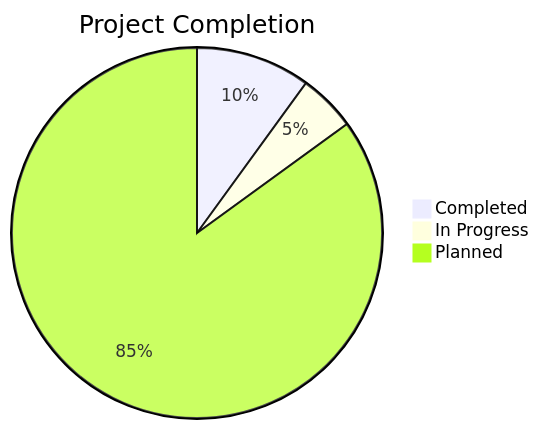
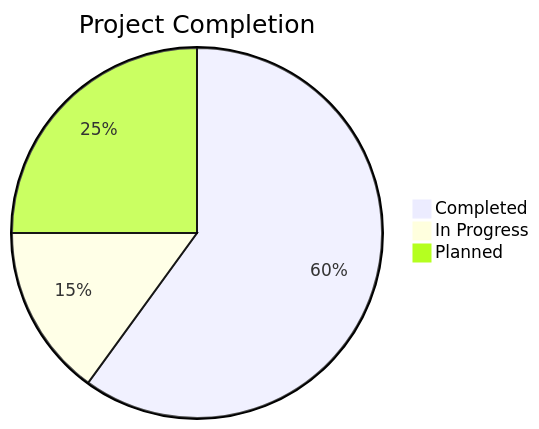
One commit to Fgruntjes/mostlymatter-docker changed the diagram in memory-bank/progress.md. Above: the diagram before and after it, drawn with Mermaid. The commit also changed other lines of this file and 6 other files, not shown here.

````diff
--- a/memory-bank/progress.md
+++ b/memory-bank/progress.md
@@ -7,7 +7,7 @@
 ```mermaid
 pie
     title Project Completion
-    "Completed" : 10
-    "In Progress" : 5
-    "Planned" : 85
+    "Completed" : 60
+    "In Progress" : 15
+    "Planned" : 25
 ```
````
